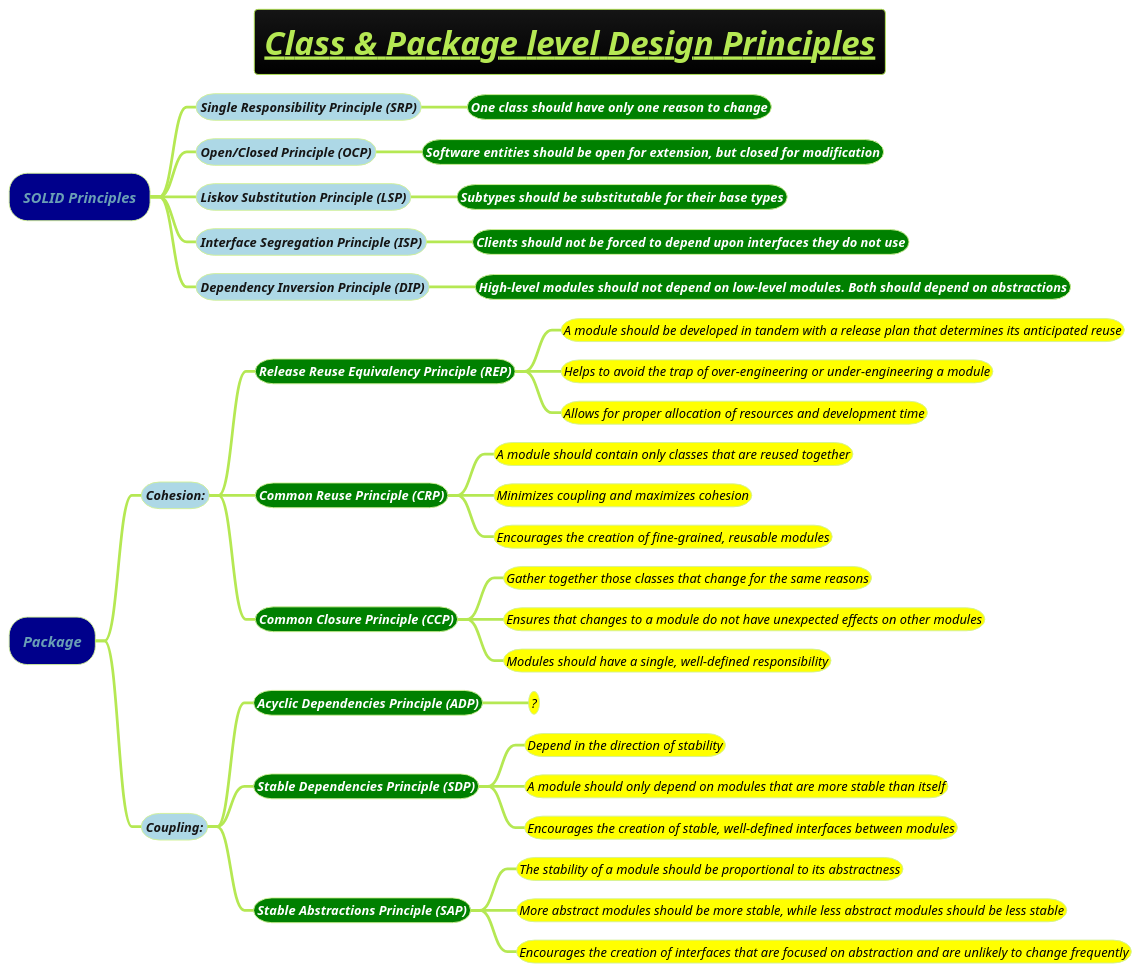
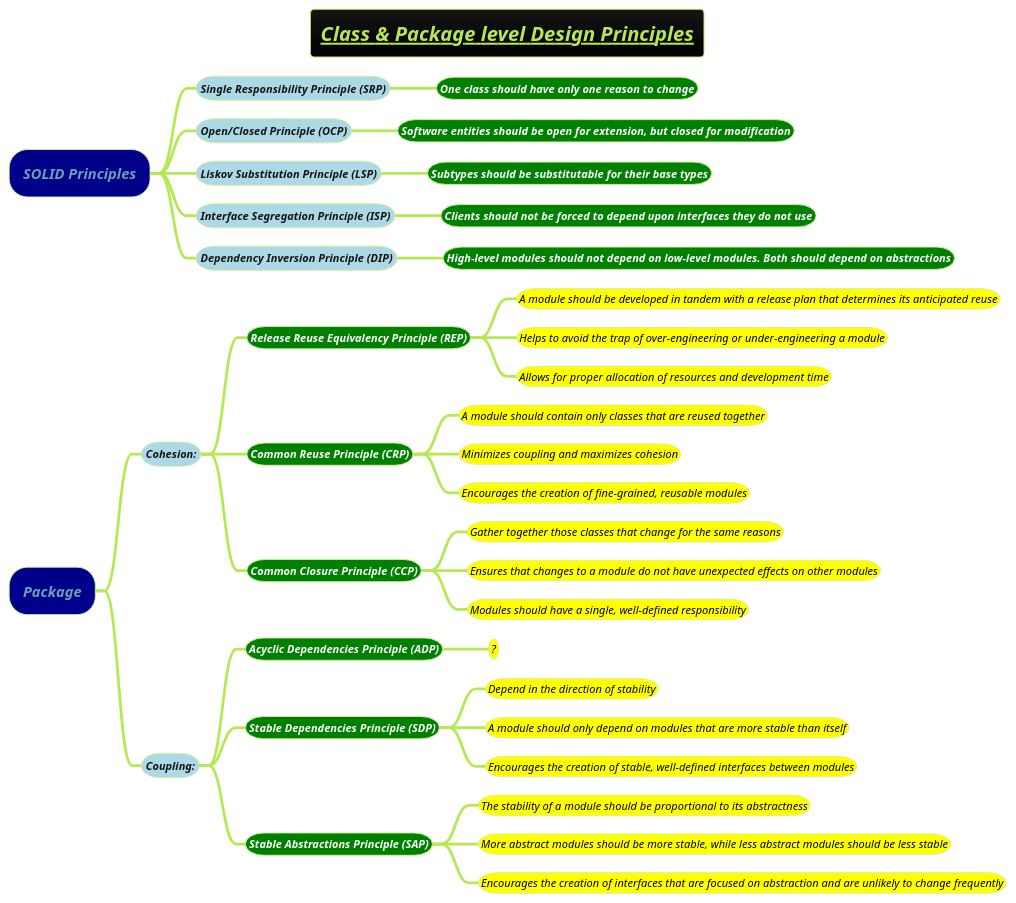
One commit to MehmoodHashmi/Documentation-as-Code-DaC changed the diagram in docs/3-programming-languages/class-and-package-level-SOLID-Principles.puml. Above: the diagram before and after it, drawn with PlantUML. The commit also changed 1 other file, not shown here.

```diff
--- a/docs/3-programming-languages/class-and-package-level-SOLID-Principles.puml
+++ b/docs/3-programming-languages/class-and-package-level-SOLID-Principles.puml
@@ -1,51 +1,51 @@
 @startmindmap
-title =<i><b><u>Class & Package level Design Principles
+title =<i><b><u><size:18>Class & Package level Design Principles
 !theme hacker
 
 
 
 
 
 
 *[#darkblue] <i>SOLID Principles
-**[#lightblue] <i><color #blac><size:14>Single Responsibility Principle (SRP)
-***[#green] <b><i><color #white><size:14>One class should have only one reason to change
-**[#lightblue] <i><color #blac><size:14>Open/Closed Principle (OCP)
-***[#green] <b><i><color #white><size:14>Software entities should be open for extension, but closed for modification
-**[#lightblue] <i><color #blac><size:14>Liskov Substitution Principle (LSP)
-***[#green] <b><i><color #white><size:14>Subtypes should be substitutable for their base types
-**[#lightblue] <i><color #blac><size:14>Interface Segregation Principle (ISP)
-***[#green] <b><i><color #white><size:14>Clients should not be forced to depend upon interfaces they do not use
-**[#lightblue] <i><color #blac><size:14>Dependency Inversion Principle (DIP)
-***[#green] <b><i><color #white><size:14>High-level modules should not depend on low-level modules. Both should depend on abstractions
+**[#lightblue] <i><color #blac><size:12>Single Responsibility Principle (SRP)
+***[#green] <b><i><color #white><size:12>One class should have only one reason to change
+**[#lightblue] <i><color #blac><size:12>Open/Closed Principle (OCP)
+***[#green] <b><i><color #white><size:12>Software entities should be open for extension, but closed for modification
+**[#lightblue] <i><color #blac><size:12>Liskov Substitution Principle (LSP)
+***[#green] <b><i><color #white><size:12>Subtypes should be substitutable for their base types
+**[#lightblue] <i><color #blac><size:12>Interface Segregation Principle (ISP)
+***[#green] <b><i><color #white><size:12>Clients should not be forced to depend upon interfaces they do not use
+**[#lightblue] <i><color #blac><size:12>Dependency Inversion Principle (DIP)
+***[#green] <b><i><color #white><size:12>High-level modules should not depend on low-level modules. Both should depend on abstractions
 
 *[#darkblue] <i>Package
-**[#lightblue] <i><color #blac><size:14>Cohesion:
-***[#green] <b><i><color #white><size:14>Release Reuse Equivalency Principle (REP)
-****[#yellow] <i><color #black><size:14>A module should be developed in tandem with a release plan that determines its anticipated reuse
-****[#yellow] <i><color #black><size:14>Helps to avoid the trap of over-engineering or under-engineering a module
-****[#yellow] <i><color #black><size:14>Allows for proper allocation of resources and development time
+**[#lightblue] <i><color #blac><size:12>Cohesion:
+***[#green] <b><i><color #white><size:12>Release Reuse Equivalency Principle (REP)
+****[#yellow] <i><color #black><size:12>A module should be developed in tandem with a release plan that determines its anticipated reuse
+****[#yellow] <i><color #black><size:12>Helps to avoid the trap of over-engineering or under-engineering a module
+****[#yellow] <i><color #black><size:12>Allows for proper allocation of resources and development time
 
-***[#green] <b><i><color #white><size:14>Common Reuse Principle (CRP)
-****[#yellow] <i><color #black><size:14>A module should contain only classes that are reused together
-****[#yellow] <i><color #black><size:14>Minimizes coupling and maximizes cohesion
-****[#yellow] <i><color #black><size:14>Encourages the creation of fine-grained, reusable modules
-***[#green] <b><i><color #white><size:14>Common Closure Principle (CCP)
-****[#yellow] <i><color #black><size:14>Gather together those classes that change for the same reasons
-****[#yellow] <i><color #black><size:14>Ensures that changes to a module do not have unexpected effects on other modules
-****[#yellow] <i><color #black><size:14>Modules should have a single, well-defined responsibility
+***[#green] <b><i><color #white><size:12>Common Reuse Principle (CRP)
+****[#yellow] <i><color #black><size:12>A module should contain only classes that are reused together
+****[#yellow] <i><color #black><size:12>Minimizes coupling and maximizes cohesion
+****[#yellow] <i><color #black><size:12>Encourages the creation of fine-grained, reusable modules
+***[#green] <b><i><color #white><size:12>Common Closure Principle (CCP)
+****[#yellow] <i><color #black><size:12>Gather together those classes that change for the same reasons
+****[#yellow] <i><color #black><size:12>Ensures that changes to a module do not have unexpected effects on other modules
+****[#yellow] <i><color #black><size:12>Modules should have a single, well-defined responsibility
 
-**[#lightblue] <i><color #blac><size:14>Coupling:
-***[#green] <b><i><color #white><size:14>Acyclic Dependencies Principle (ADP)
-****[#yellow] <i><color #black><size:14>?
-***[#green] <b><i><color #white><size:14>Stable Dependencies Principle (SDP)
-****[#yellow] <i><color #black><size:14>Depend in the direction of stability
-****[#yellow] <i><color #black><size:14>A module should only depend on modules that are more stable than itself
-****[#yellow] <i><color #black><size:14>Encourages the creation of stable, well-defined interfaces between modules
+**[#lightblue] <i><color #blac><size:12>Coupling:
+***[#green] <b><i><color #white><size:12>Acyclic Dependencies Principle (ADP)
+****[#yellow] <i><color #black><size:12>?
+***[#green] <b><i><color #white><size:12>Stable Dependencies Principle (SDP)
+****[#yellow] <i><color #black><size:12>Depend in the direction of stability
+****[#yellow] <i><color #black><size:12>A module should only depend on modules that are more stable than itself
+****[#yellow] <i><color #black><size:12>Encourages the creation of stable, well-defined interfaces between modules
 
-***[#green] <b><i><color #white><size:14>Stable Abstractions Principle (SAP)
-****[#yellow] <i><color #black><size:14>The stability of a module should be proportional to its abstractness
-****[#yellow] <i><color #black><size:14>More abstract modules should be more stable, while less abstract modules should be less stable
-****[#yellow] <i><color #black><size:14>Encourages the creation of interfaces that are focused on abstraction and are unlikely to change frequently
+***[#green] <b><i><color #white><size:12>Stable Abstractions Principle (SAP)
+****[#yellow] <i><color #black><size:12>The stability of a module should be proportional to its abstractness
+****[#yellow] <i><color #black><size:12>More abstract modules should be more stable, while less abstract modules should be less stable
+****[#yellow] <i><color #black><size:12>Encourages the creation of interfaces that are focused on abstraction and are unlikely to change frequently
 
 @endmindmap
```
